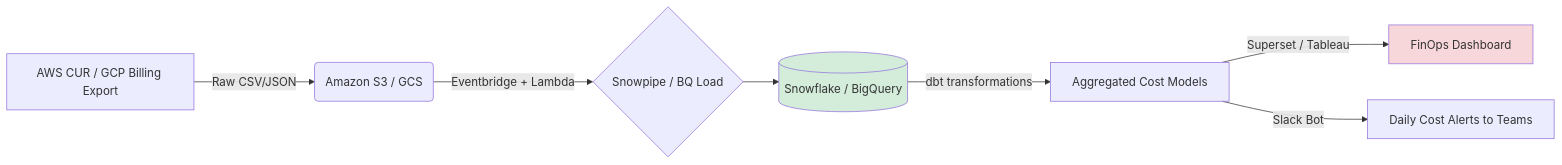
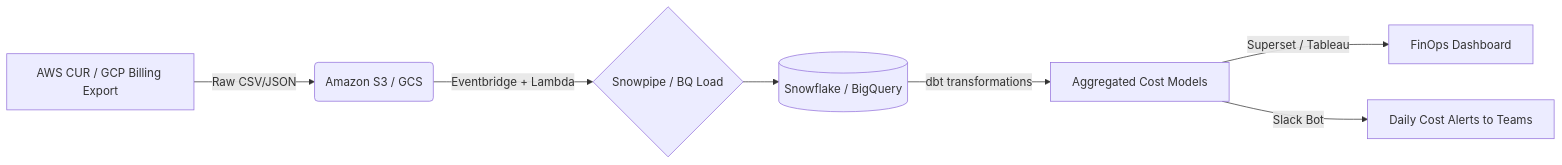
One commit to kythuatdulieu/kythuatdulieu.github.io changed the second of 4 diagrams in src/content/docs/projects/system-design/finops-architecture.md. Above: the diagram before and after it, drawn with Mermaid. The commit also changed other lines of this file and 682 other files, not shown here.

````diff
--- a/src/content/docs/projects/system-design/finops-architecture.md
+++ b/src/content/docs/projects/system-design/finops-architecture.md
@@ -94,13 +93,12 @@
 ```mermaid
 flowchart LR
     A["AWS CUR / GCP Billing Export"] -->|Raw CSV/JSON| B("Amazon S3 / GCS")
     B -->|Eventbridge + Lambda| C{"Snowpipe / BQ Load"}
     C --> D[("Snowflake / BigQuery")]
     D -->|dbt transformations| E["Aggregated Cost Models"]
     E -->|Superset / Tableau| F["FinOps Dashboard"]
     E -->|Slack Bot| G["Daily Cost Alerts to Teams"]
-    
-    style A fill:#ececff
-    style D fill:#d4edda
-    style F fill:#f8d7da
+
+
+
 ```
````
